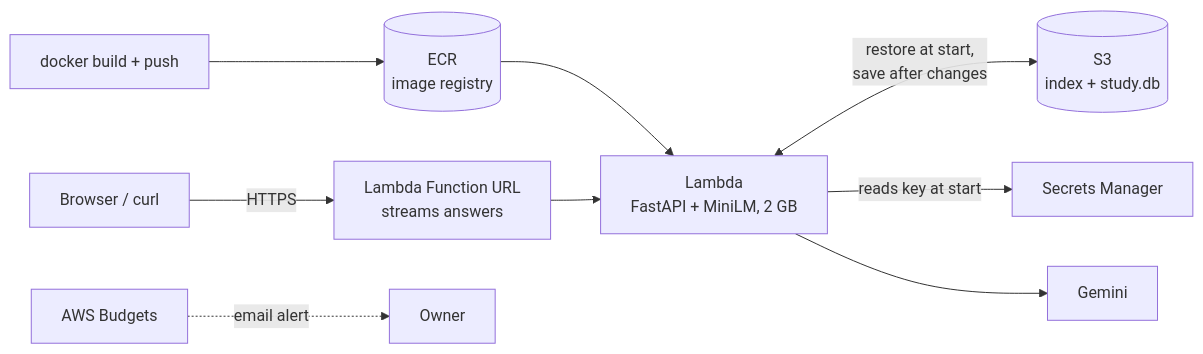
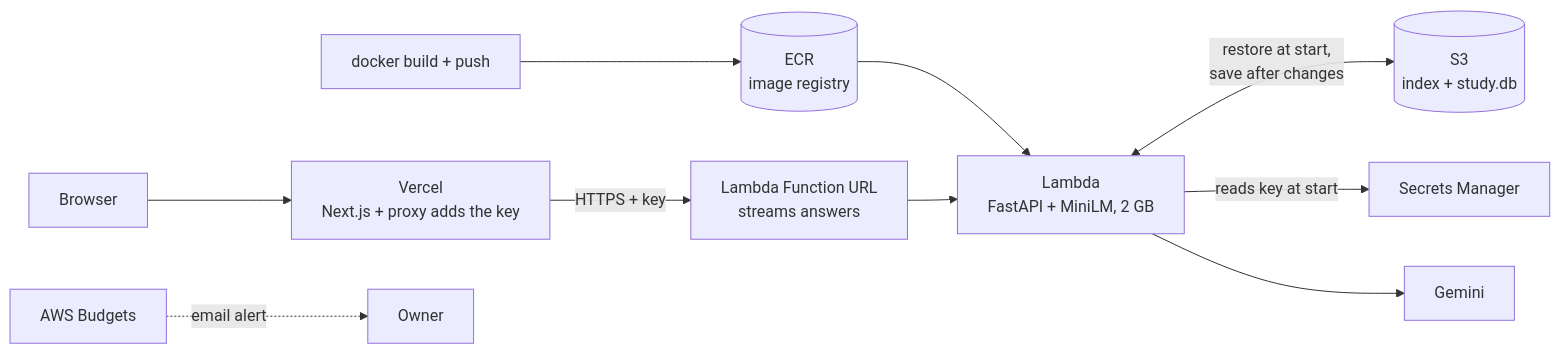
The second of 2 diagrams in README.md (moh0405/Lectern), drawn with Mermaid before and after one commit. The commit also changed other lines of this file and 4 other files, not shown here.

````diff
--- a/README.md
+++ b/README.md
@@ -132,11 +134,12 @@
 ```mermaid
 flowchart LR
   Dev[docker build + push] --> ECR[(ECR<br/>image registry)]
   ECR --> L
-  U[Browser / curl] -->|HTTPS| FU[Lambda Function URL<br/>streams answers]
+  W[Browser] --> V[Vercel<br/>Next.js + proxy adds the key]
+  V -->|HTTPS + key| FU[Lambda Function URL<br/>streams answers]
   FU --> L[Lambda<br/>FastAPI + MiniLM, 2 GB]
   L <-->|restore at start,<br/>save after changes| S3[(S3<br/>index + study.db)]
   L -->|reads key at start| SM[Secrets Manager]
   L --> G[Gemini]
   B[AWS Budgets] -.->|email alert| Me[Owner]
 ```
````
